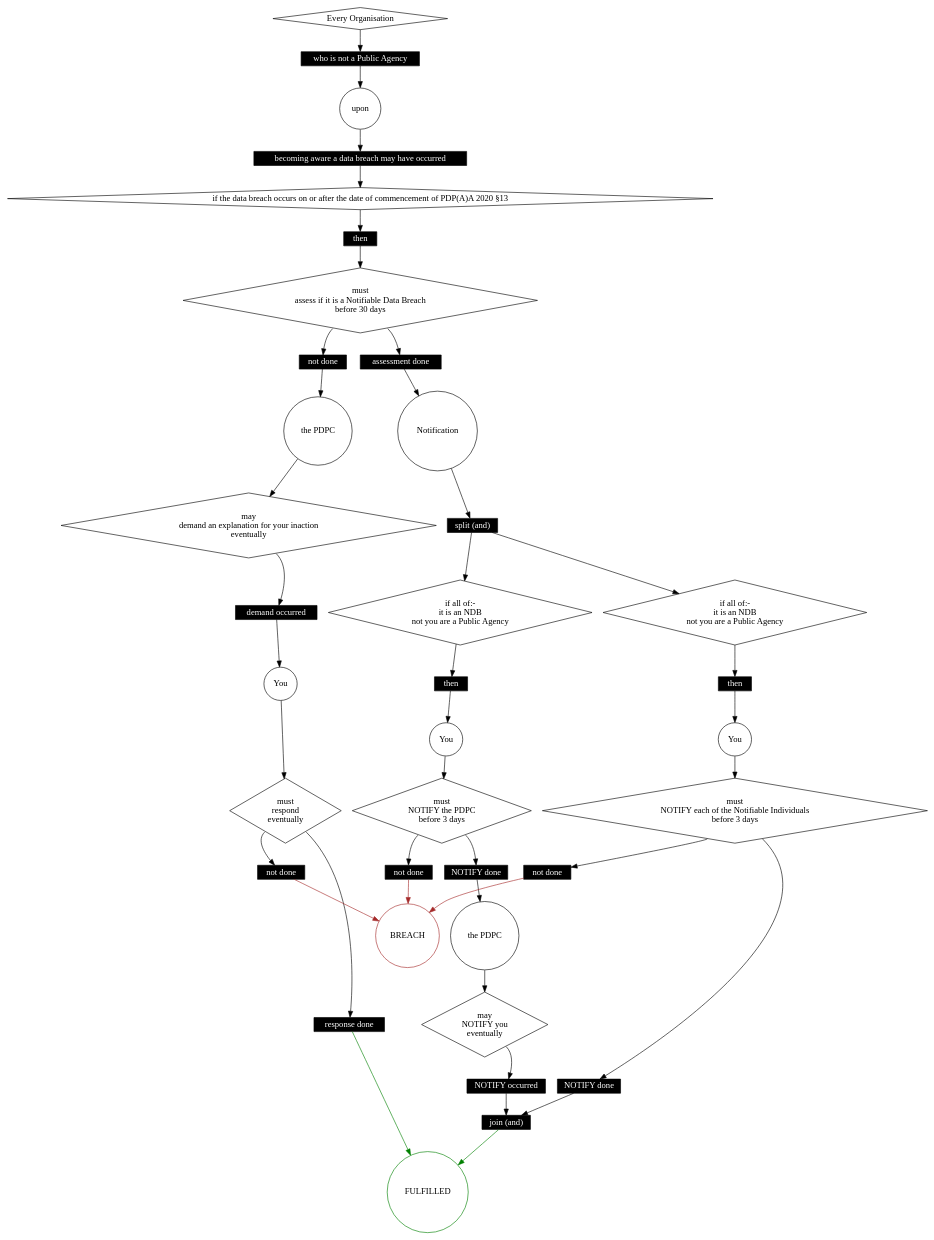
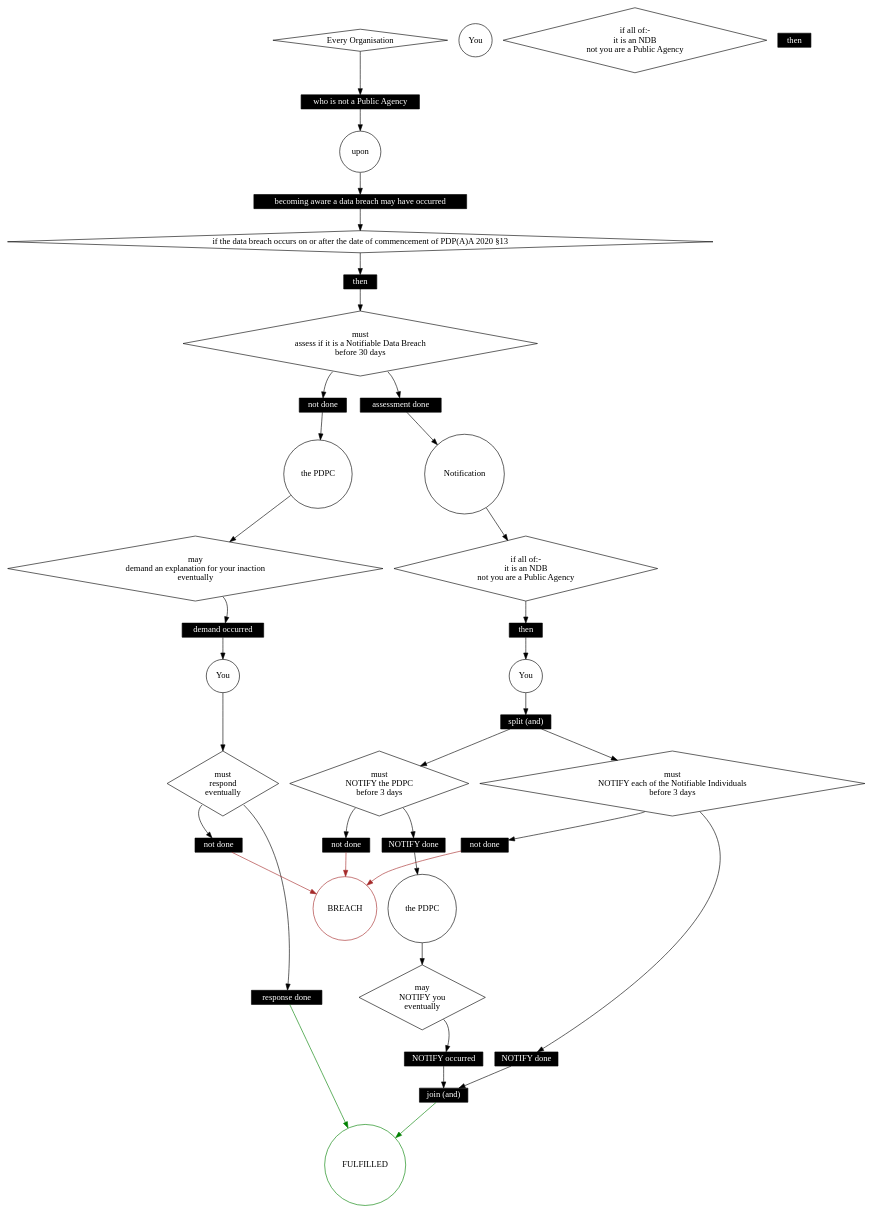
The diagram in mengwong/mp/petri.dot (smucclaw/dsl), drawn with Graphviz before and after one commit. The commit also changed 2 other files, not shown here.

Commit message:
push the split node down as far as possible

```diff
--- a/mengwong/mp/petri.dot
+++ b/mengwong/mp/petri.dot
@@ -1,155 +1,156 @@
 digraph {
     graph [compound=true];
     subgraph places {
         node [shape=circle];
         0 [label=BREACH
           ,color=brown
           ,comment=IsInfra];
         1 [label=FULFILLED
           ,color=green
           ,comment=IsInfra];
         2 [label="Every Organisation"
           ,shape=diamond
           ,comment=IsFirstNode
           ,comment="OrigRL \"Assess\""
           ,comment=IsParty];
         4 [label=upon];
         6 [label="if the data breach occurs on or after the date of commencement of PDP(A)A 2020 §13"
           ,shape=diamond
           ,comment=IsCond];
         8 [label="must\nassess if it is a Notifiable Data Breach\nbefore 30 days"
           ,shape=diamond
           ,comment=IsDeon];
         11 [label=Notification
            ,comment=IsFirstNode
            ,comment=FromRuleAlias
            ,comment="OrigRL \"Notification\""];
         12 [label="the PDPC"];
         13 [label="may\ndemand an explanation for your inaction\neventually"
            ,shape=diamond
            ,comment=IsDeon];
         15 [label=You];
         16 [label="must\nrespond\neventually"
            ,shape=diamond
            ,comment=IsDeon];
         19 [label=You
            ,comment=IsFirstNode
            ,comment="OrigRL \"Notify PDPC\""
            ,comment=IsParty];
         20 [label="if all of:-\nit is an NDB\nnot you are a Public Agency"
            ,shape=diamond
            ,comment=IsCond];
         22 [label="must\nNOTIFY the PDPC\nbefore 3 days"
            ,shape=diamond
            ,comment=IsDeon];
         25 [label="the PDPC"];
         26 [label="may\nNOTIFY you\neventually"
            ,shape=diamond
            ,comment=IsDeon];
         28 [label=You
            ,comment=IsFirstNode
            ,comment="OrigRL \"Notify Individuals\""
            ,comment=IsParty];
         29 [label="if all of:-\nit is an NDB\nnot you are a Public Agency"
            ,shape=diamond
            ,comment=IsCond];
         31 [label="must\nNOTIFY each of the Notifiable Individuals\nbefore 3 days"
            ,shape=diamond
            ,comment=IsDeon];
     }
     subgraph transitions {
         node [shape=box
              ,height=0.2
              ,style=filled
              ,fillcolor=black
              ,fontcolor=white
              ,fontname=Monaco];
         3 [label="who is not a Public Agency"];
         5 [label="becoming aware a data breach may have occurred"];
         7 [label=then,comment=IsThen];
         9 [label="assessment done"
           ,comment="Temporal \"before 30 days\""
           ,comment=IsLastHappy
           ,comment="OrigRL \"Assess\""];
         10 [label="not done"];
         14 [label="demand occurred"
            ,comment="Temporal \"eventually\""
            ,comment=IsLastHappy
            ,comment="OrigRL \"Assess\""];
         17 [label="response done"
            ,comment="Temporal \"eventually\""
            ,comment=IsLastHappy
            ,comment="OrigRL \"Assess\""];
         18 [label="not done"];
         21 [label=then,comment=IsThen];
         23 [label="NOTIFY done"
            ,comment="Temporal \"before 3 days\""
            ,comment=IsLastHappy
            ,comment="OrigRL \"Notify PDPC\""];
         24 [label="not done"];
         27 [label="NOTIFY occurred"
            ,comment="Temporal \"eventually\""
            ,comment=IsLastHappy
            ,comment="OrigRL \"Notify PDPC\""];
         30 [label=then,comment=IsThen];
         32 [label="NOTIFY done"
            ,comment="Temporal \"before 3 days\""
            ,comment=IsLastHappy
            ,comment="OrigRL \"Notify Individuals\""];
         33 [label="not done"];
         34 [label="split (and)"
-           ,comment=IsInfra];
+           ,comment=IsInfra
+           ,comment=IsSplit
+           ,comment=IsAnd];
         35 [label="join (and)"
-           ,comment=IsInfra];
+           ,comment=IsInfra
+           ,comment=IsJoin
+           ,comment=IsAnd];
     }
     2 -> 3;
     3 -> 4;
     4 -> 5;
     5 -> 6;
     6 -> 7;
     7 -> 8;
     8 -> 9 [tailport=se
            ,comment="southeast for positive"];
     8 -> 10 [tailport=sw
             ,comment="southwest for negative"];
     9 -> 11;
     10 -> 12;
-    11 -> 34 [comment="added by split from parent node"];
+    11 -> 20 [comment="due to mergePetri"];
     12 -> 13;
     13 -> 14 [tailport=se
              ,comment="southeast for positive"];
     14 -> 15;
     15 -> 16;
     16 -> 17 [tailport=se
              ,comment="southeast for positive"];
     16 -> 18 [tailport=sw
              ,comment="southwest for negative"];
     17 -> 1 [color=green];
     18 -> 0 [color=brown];
-    19 -> 22 [comment=reordered];
-    20 -> 21;
-    21 -> 19 [comment=reordered];
+    19 -> 34 [comment="due to mergePetri"];
+    20 -> 21 [comment="due to mergePetri"];
+    21 -> 19 [comment="due to mergePetri"];
     22 -> 23 [tailport=se
              ,comment="southeast for positive"];
     22 -> 24 [tailport=sw
              ,comment="southwest for negative"];
     23 -> 25;
     24 -> 0 [color=brown];
     25 -> 26;
     26 -> 27 [tailport=se
              ,comment="southeast for positive"];
     27 -> 35 [comment="added by join from tailnode"];
-    28 -> 31 [comment=reordered];
-    29 -> 30;
-    30 -> 28 [comment=reordered];
     31 -> 32 [tailport=se
              ,comment="southeast for positive"];
     31 -> 33 [tailport=sw
              ,comment="southwest for negative"];
     32 -> 35 [comment="added by join from tailnode"];
     33 -> 0 [color=brown];
-    34 -> 20 [comment=reordered];
-    34 -> 29 [comment=reordered];
+    34 -> 22 [comment="due to mergePetri"];
+    34 -> 31 [comment="due to mergePetri"];
     35 -> 1 [color=green
             ,comment="added by join to fulfilledNode"];
 }
```
